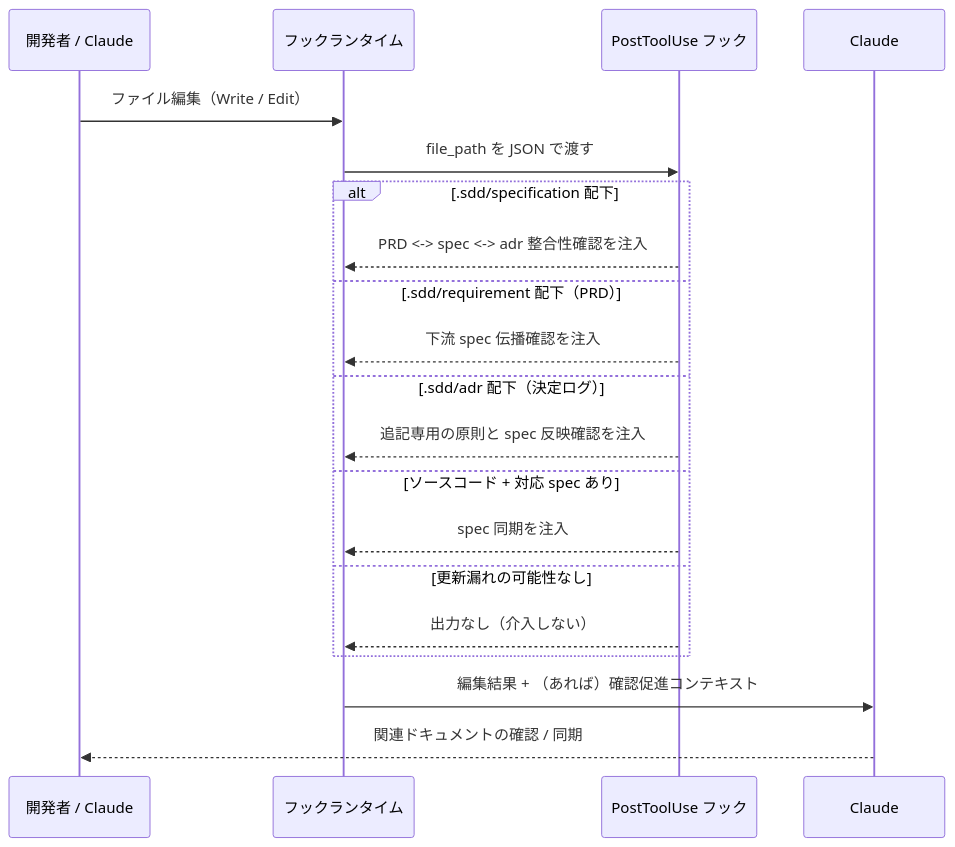
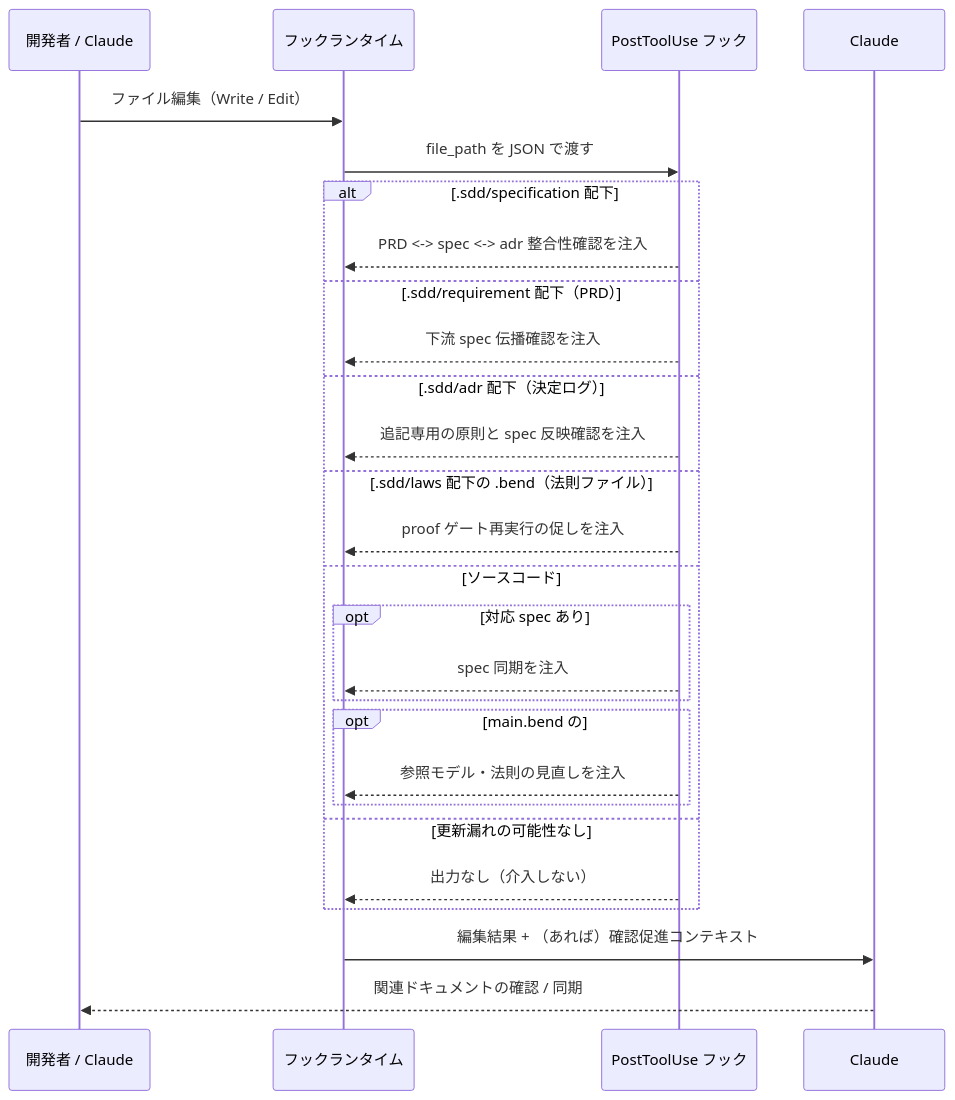
The diagram in .sdd/specification/quality-guardrails/stale-doc-detection_spec.md (ToshikiImagawa/ai-sdd-workflow-dev), drawn with Mermaid before and after one commit. The commit also changed other lines of this file and 9 other files, not shown here.

First line of the commit message:
[add] #149 Bend 証明ゲートの PRD・spec・設計ドラフトを追加する (#152)

````diff
--- a/.sdd/specification/quality-guardrails/stale-doc-detection_spec.md
+++ b/.sdd/specification/quality-guardrails/stale-doc-detection_spec.md
@@ -149,23 +164,30 @@
 ```mermaid
 sequenceDiagram
     participant User as 開発者 / Claude
     participant Runtime as フックランタイム
     participant Hook as PostToolUse フック
     participant Claude as Claude
 
     User ->> Runtime: ファイル編集（Write / Edit）
     Runtime ->> Hook: file_path を JSON で渡す
     alt .sdd/specification 配下
         Hook -->> Runtime: PRD <-> spec <-> adr 整合性確認を注入
     else .sdd/requirement 配下（PRD）
         Hook -->> Runtime: 下流 spec 伝播確認を注入
     else .sdd/adr 配下（決定ログ）
         Hook -->> Runtime: 追記専用の原則と spec 反映確認を注入
-    else ソースコード + 対応 spec あり
-        Hook -->> Runtime: spec 同期を注入
+    else .sdd/laws 配下の .bend（法則ファイル）
+        Hook -->> Runtime: proof ゲート再実行の促しを注入
+    else ソースコード
+        opt 対応 spec あり
+            Hook -->> Runtime: spec 同期を注入
+        end
+        opt main.bend の # model-of: に一致
+            Hook -->> Runtime: 参照モデル・法則の見直しを注入
+        end
     else 更新漏れの可能性なし
         Hook -->> Runtime: 出力なし（介入しない）
     end
     Runtime ->> Claude: 編集結果 + （あれば）確認促進コンテキスト
     Claude -->> User: 関連ドキュメントの確認 / 同期
 ```
````
